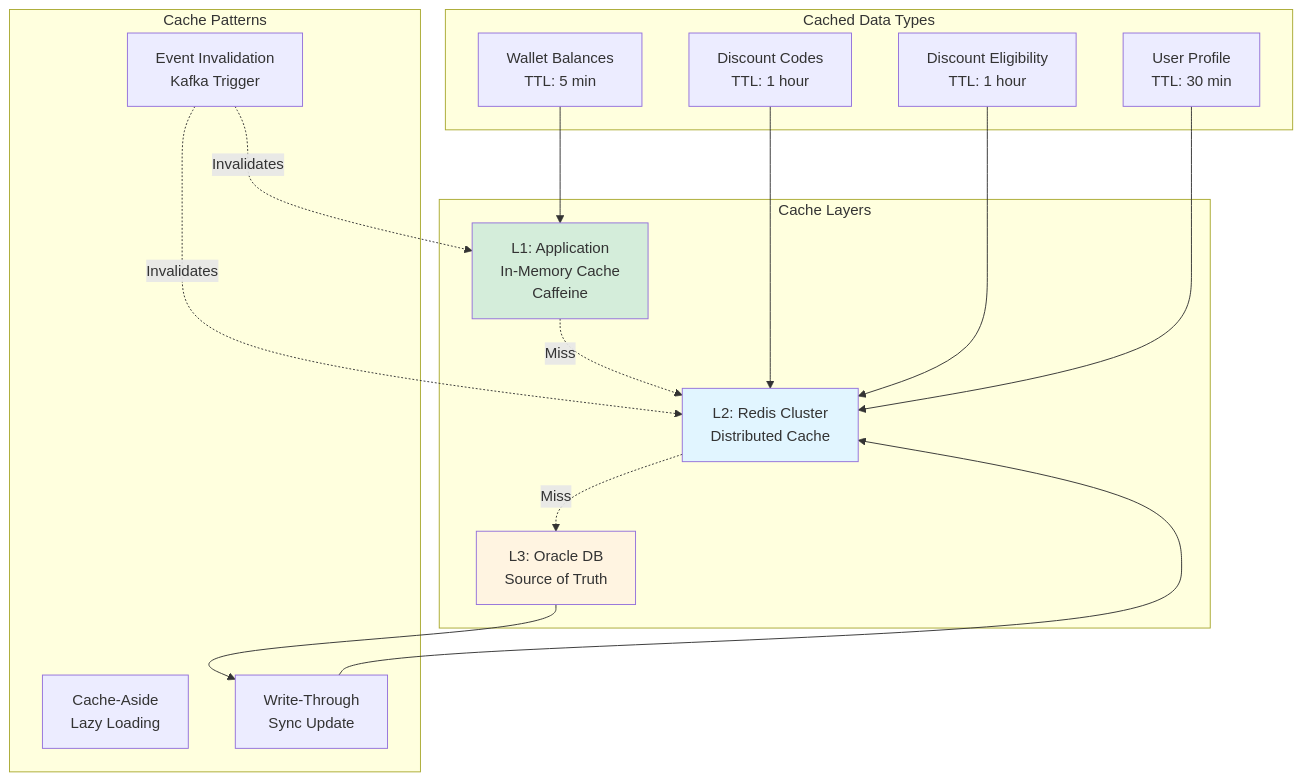
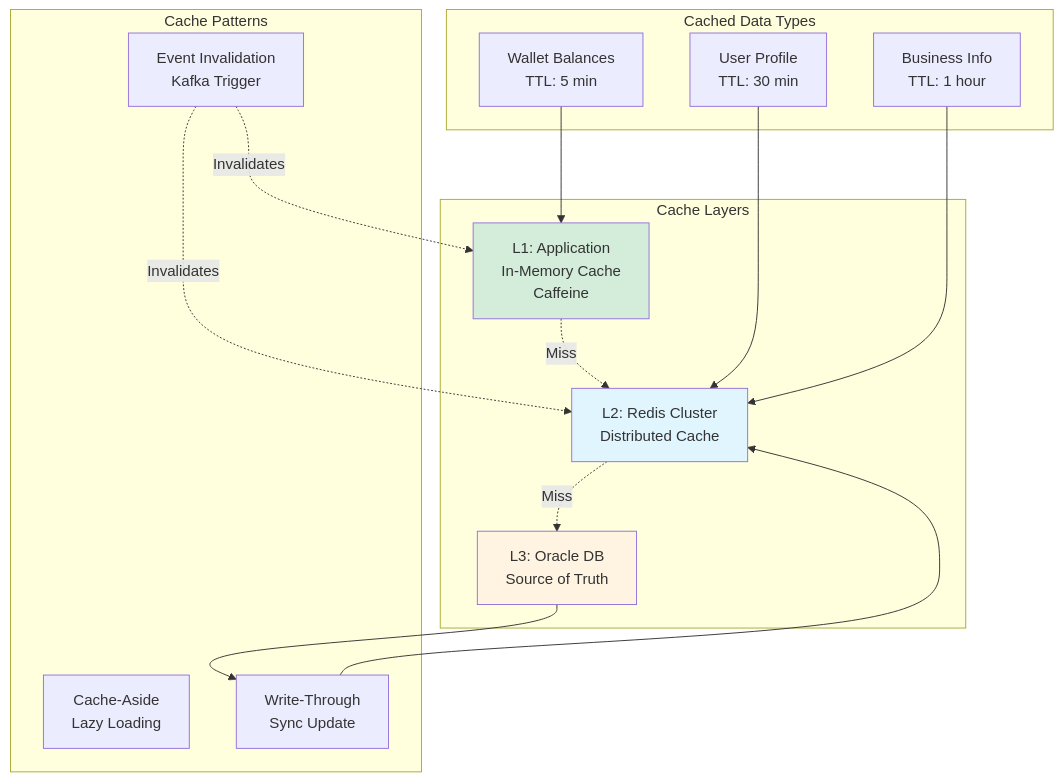
Diagram 23 of 26 in docs/PRODUCT_DESIGN.md (mdastpak/Wallet-Service), drawn with Mermaid before and after one commit. The commit also changed other lines of this file, not shown here.

First line of the commit message:
Remove remaining discount references from PRODUCT_DESIGN.md

````diff
--- a/docs/PRODUCT_DESIGN.md
+++ b/docs/PRODUCT_DESIGN.md
@@ -1102,39 +1102,37 @@
 ```mermaid
 graph TB
     subgraph "Cache Layers"
         L1[L1: Application<br/>In-Memory Cache<br/>Caffeine]
         L2[L2: Redis Cluster<br/>Distributed Cache]
         L3[L3: Oracle DB<br/>Source of Truth]
     end
 
     subgraph "Cached Data Types"
         BALANCE[Wallet Balances<br/>TTL: 5 min]
-        DISCOUNT[Discount Codes<br/>TTL: 1 hour]
-        ELIGIBILITY[Discount Eligibility<br/>TTL: 1 hour]
         USER[User Profile<br/>TTL: 30 min]
+        BUSINESS[Business Info<br/>TTL: 1 hour]
     end
 
     subgraph "Cache Patterns"
         CACHE_ASIDE[Cache-Aside<br/>Lazy Loading]
         WRITE_THROUGH[Write-Through<br/>Sync Update]
         EVENT_INVALIDATE[Event Invalidation<br/>Kafka Trigger]
     end
 
     BALANCE --> L1
     L1 -.Miss.-> L2
     L2 -.Miss.-> L3
 
-    DISCOUNT --> L2
-    ELIGIBILITY --> L2
     USER --> L2
+    BUSINESS --> L2
 
     L3 --> WRITE_THROUGH
     WRITE_THROUGH --> L2
 
     EVENT_INVALIDATE -.Invalidates.-> L1
     EVENT_INVALIDATE -.Invalidates.-> L2
 
     style L1 fill:#d4edda
     style L2 fill:#e1f5ff
     style L3 fill:#fff4e1
 ```
````
